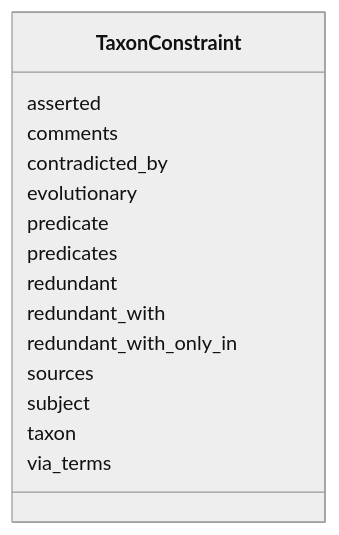
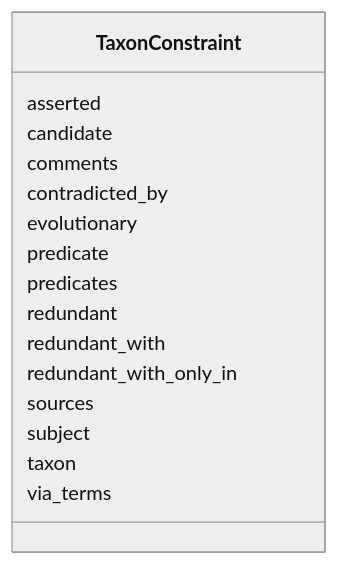
One commit to INCATools/ontology-access-kit changed the diagram in taxon-constraints/TaxonConstraint.md. Above: the diagram before and after it, drawn with Mermaid (neutral theme). The commit also changed other lines of this file and 97 other files, not shown here.

````diff
--- a/taxon-constraints/TaxonConstraint.md
+++ b/taxon-constraints/TaxonConstraint.md
@@ -11,18 +11,19 @@
 ```{mermaid}
  classDiagram
     class TaxonConstraint
       TaxonConstraint : asserted
+      TaxonConstraint : candidate
       TaxonConstraint : comments
       TaxonConstraint : contradicted_by
       TaxonConstraint : evolutionary
       TaxonConstraint : predicate
       TaxonConstraint : predicates
       TaxonConstraint : redundant
       TaxonConstraint : redundant_with
       TaxonConstraint : redundant_with_only_in
       TaxonConstraint : sources
       TaxonConstraint : subject
       TaxonConstraint : taxon
       TaxonConstraint : via_terms
       
 ```
````
